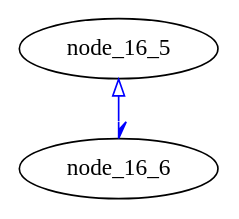
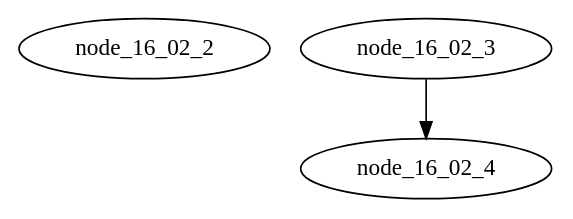
One commit to graphviz-perl/GraphViz2-Marpa changed the diagram in data/16.02.gv. Above: the diagram before and after it, drawn with Graphviz. The commit also changed 17 other files, not shown here.

```diff
--- a/data/16.02.gv
+++ b/data/16.02.gv
@@ -1,13 +1,7 @@
-strict digraph graph_16
+strict digraph graph_16_02_1
 {
-	subgraph subgraph_16_1
+	node_16_02_2
 	{
-		node_16_5 -> node_16_6
-		[
-			arrowhead = "halfopen",
-			arrowtail = "empty"
-			color     = blue
-			dir       = "both",
-		]
+		node_16_02_3 -> node_16_02_4
 	}
 }
```
